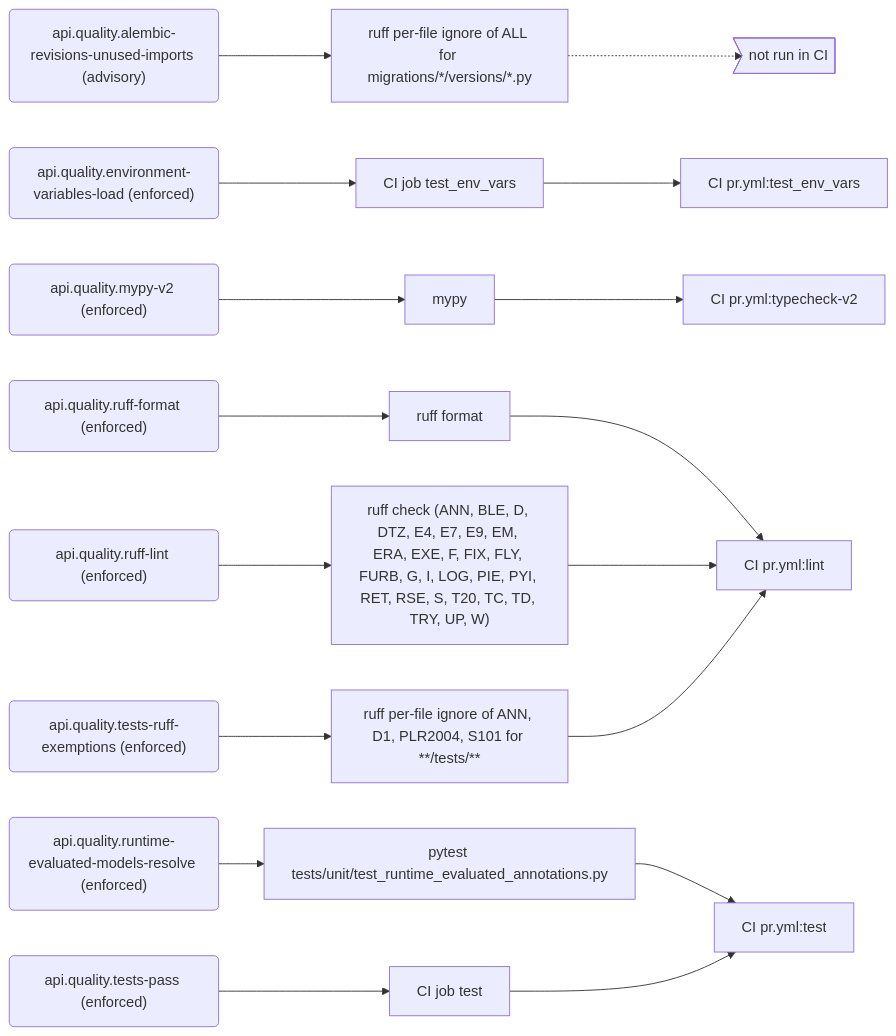
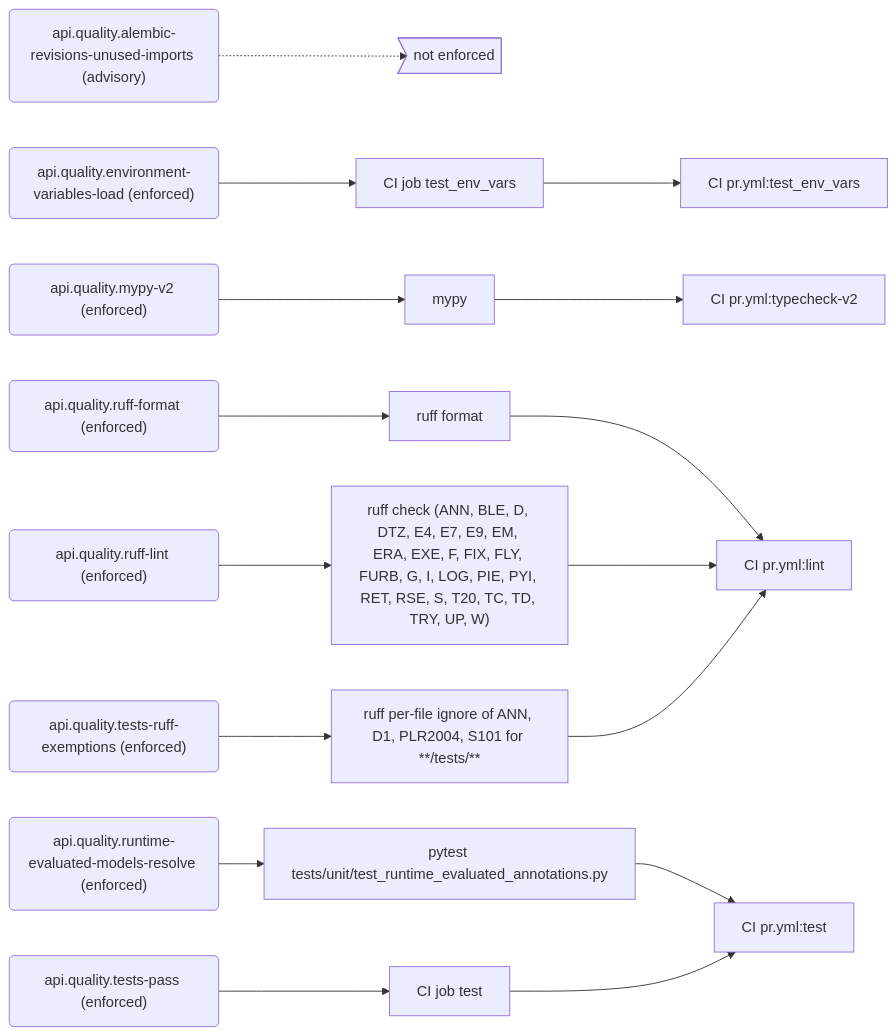
The sixth of 9 diagrams in docs/generated/rules.md (PolicyEngine/policyengine-api), drawn with Mermaid before and after one commit. The commit also changed other lines of this file and 3 other files, not shown here.

First line of the commit message:
Exclude Alembic revisions from ruff lint instead of exempting them per file

````diff
--- a/docs/generated/rules.md
+++ b/docs/generated/rules.md
@@ -280,40 +280,38 @@
 ```mermaid
 flowchart LR
   r_api_quality_alembic_revisions_unused_imports("api.quality.alembic-revisions-unused-imports (advisory)")
-  e_ruff_per_file_ignore_of_ALL_for_migrations___versions___py["ruff per-file ignore of ALL for migrations/*/versions/*.py"]
-  local_only>"not run in CI"]
+  gap_unenforced>"not enforced"]
   r_api_quality_environment_variables_load("api.quality.environment-variables-load (enforced)")
   e_CI_job_test_env_vars["CI job test_env_vars"]
   j_CI_pr_yml_test_env_vars["CI pr.yml:test_env_vars"]
   r_api_quality_mypy_v2("api.quality.mypy-v2 (enforced)")
   e_mypy["mypy"]
   j_CI_pr_yml_typecheck_v2["CI pr.yml:typecheck-v2"]
   r_api_quality_ruff_format("api.quality.ruff-format (enforced)")
   e_ruff_format["ruff format"]
   j_CI_pr_yml_lint["CI pr.yml:lint"]
   r_api_quality_ruff_lint("api.quality.ruff-lint (enforced)")
   e_ruff_check__ANN__BLE__D__DTZ__E4__E7__E9__EM__ERA__EXE__F__FIX__FLY__FURB__G__I__LOG__PIE__PYI__RET__RSE__S__T20__TC__TD__TRY__UP__W_["ruff check (ANN, BLE, D, DTZ, E4, E7, E9, EM, ERA, EXE, F, FIX, FLY, FURB, G, I, LOG, PIE, PYI, RET, RSE, S, T20, TC, TD, TRY, UP, W)"]
   r_api_quality_runtime_evaluated_models_resolve("api.quality.runtime-evaluated-models-resolve (enforced)")
   e_pytest_tests_unit_test_runtime_evaluated_annotations_py["pytest tests/unit/test_runtime_evaluated_annotations.py"]
   j_CI_pr_yml_test["CI pr.yml:test"]
   r_api_quality_tests_pass("api.quality.tests-pass (enforced)")
   e_CI_job_test["CI job test"]
   r_api_quality_tests_ruff_exemptions("api.quality.tests-ruff-exemptions (enforced)")
   e_ruff_per_file_ignore_of_ANN__D1__PLR2004__S101_for____tests___["ruff per-file ignore of ANN, D1, PLR2004, S101 for **/tests/**"]
-  r_api_quality_alembic_revisions_unused_imports --> e_ruff_per_file_ignore_of_ALL_for_migrations___versions___py
-  e_ruff_per_file_ignore_of_ALL_for_migrations___versions___py -.-> local_only
+  r_api_quality_alembic_revisions_unused_imports -.-> gap_unenforced
   r_api_quality_environment_variables_load --> e_CI_job_test_env_vars
   e_CI_job_test_env_vars --> j_CI_pr_yml_test_env_vars
   r_api_quality_mypy_v2 --> e_mypy
   e_mypy --> j_CI_pr_yml_typecheck_v2
   r_api_quality_ruff_format --> e_ruff_format
   e_ruff_format --> j_CI_pr_yml_lint
   r_api_quality_ruff_lint --> e_ruff_check__ANN__BLE__D__DTZ__E4__E7__E9__EM__ERA__EXE__F__FIX__FLY__FURB__G__I__LOG__PIE__PYI__RET__RSE__S__T20__TC__TD__TRY__UP__W_
   e_ruff_check__ANN__BLE__D__DTZ__E4__E7__E9__EM__ERA__EXE__F__FIX__FLY__FURB__G__I__LOG__PIE__PYI__RET__RSE__S__T20__TC__TD__TRY__UP__W_ --> j_CI_pr_yml_lint
   r_api_quality_runtime_evaluated_models_resolve --> e_pytest_tests_unit_test_runtime_evaluated_annotations_py
   e_pytest_tests_unit_test_runtime_evaluated_annotations_py --> j_CI_pr_yml_test
   r_api_quality_tests_pass --> e_CI_job_test
   e_CI_job_test --> j_CI_pr_yml_test
   r_api_quality_tests_ruff_exemptions --> e_ruff_per_file_ignore_of_ANN__D1__PLR2004__S101_for____tests___
   e_ruff_per_file_ignore_of_ANN__D1__PLR2004__S101_for____tests___ --> j_CI_pr_yml_lint
 ```
````
